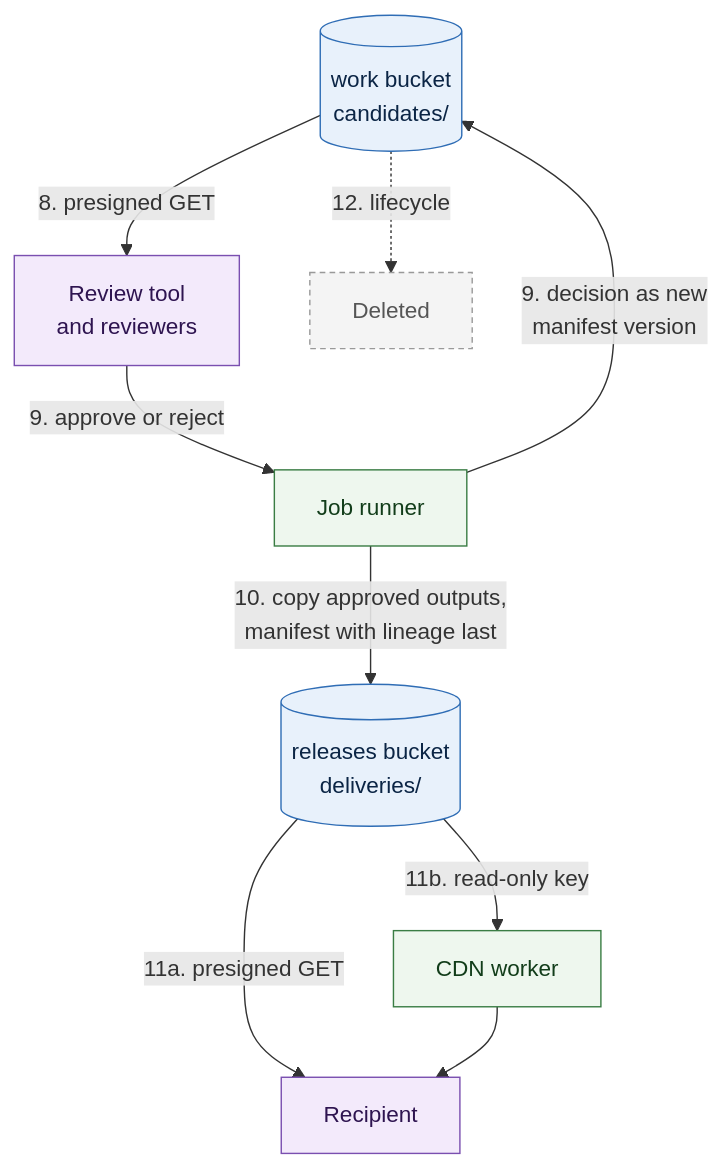
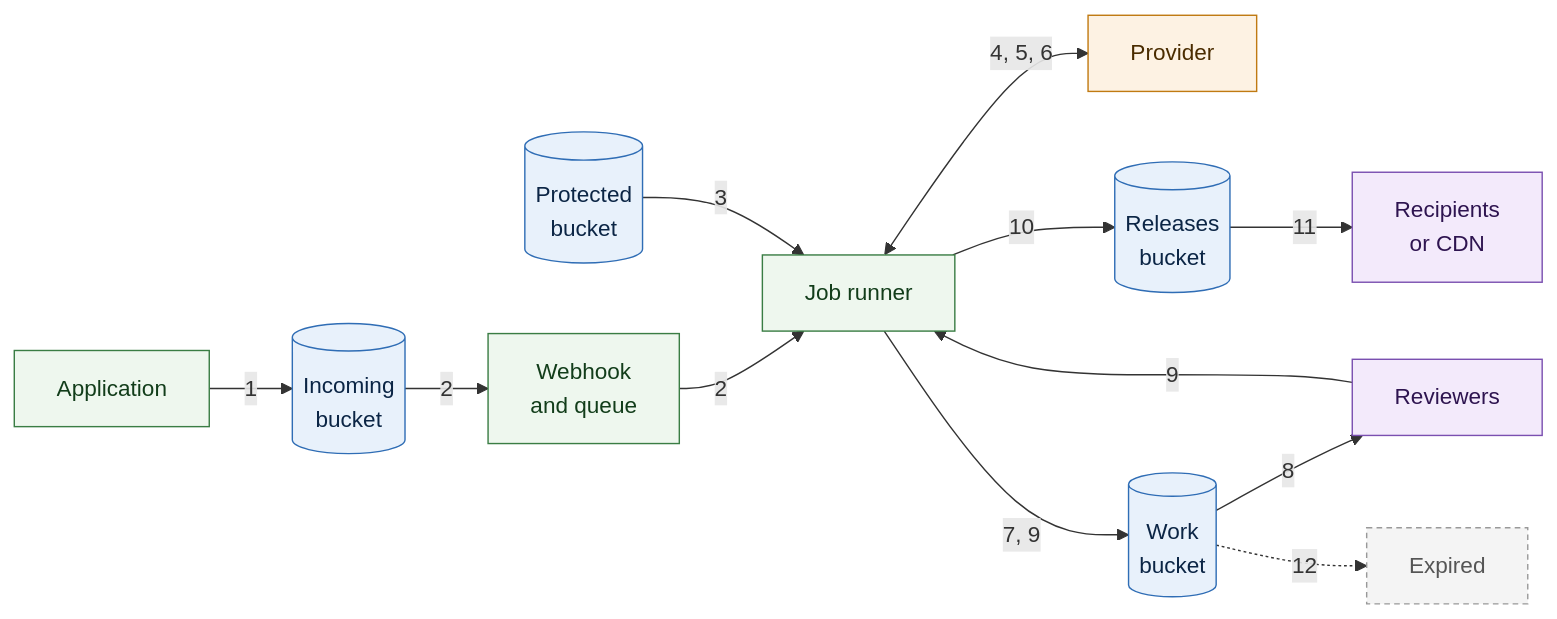
Before and after one commit to backblaze-b2-samples/b2-voice-ai-reference-architectures: the diagram in architectures/batch-voice-generation-and-dubbing/architecture.md, drawn with Mermaid. The commit also changed other lines of this file and 2 other files, not shown here.

First line of the commit message:
Fit each architecture diagram in a single screen

````diff
--- a/architectures/batch-voice-generation-and-dubbing/architecture.md
+++ b/architectures/batch-voice-generation-and-dubbing/architecture.md
@@ -54,28 +19,25 @@
 ```mermaid
-flowchart TB
-  CAND[("work bucket<br/>candidates/")]
-  REV["Review tool<br/>and reviewers"]
-  RUN["Job runner"]
-  DEL[("releases bucket<br/>deliveries/")]
-  X["Deleted"]
-  CDN["CDN worker"]
-  RCPT["Recipient"]
-
-  CAND -->|"8. presigned GET"| REV
-  REV -->|"9. approve or reject"| RUN
-  RUN -->|"9. decision as new<br/>manifest version"| CAND
-  RUN -->|"10. copy approved outputs,<br/>manifest with lineage last"| DEL
-  CAND -.->|"12. lifecycle"| X
-  DEL -->|"11a. presigned GET"| RCPT
-  DEL -->|"11b. read-only key"| CDN
-  CDN --> RCPT
+flowchart LR
+  APP["Application"] -->|1| SRC[("Incoming<br/>bucket")]
+  SRC -->|2| HOOK["Webhook<br/>and queue"]
+  HOOK -->|2| RUN["Job runner"]
+  PROT[("Protected<br/>bucket")] -->|3| RUN
+  RUN <-->|"4, 5, 6"| PROV["Provider"]
+  RUN -->|10| DEL[("Releases<br/>bucket")]
+  DEL -->|11| RCPT["Recipients<br/>or CDN"]
+  RUN -->|"7, 9"| CAND[("Work<br/>bucket")]
+  CAND -->|8| REV["Reviewers"]
+  REV -->|9| RUN
+  CAND -.->|12| GONE["Expired"]
 
   classDef storage fill:#e8f1fb,stroke:#2f6db5,color:#0b2545
   classDef compute fill:#eef7ee,stroke:#3a7d44,color:#123d1a
+  classDef external fill:#fdf2e3,stroke:#c07a12,color:#4a2c00
   classDef human fill:#f3eafb,stroke:#7a4fb0,color:#2e1450
   classDef gone fill:#f4f4f4,stroke:#999,color:#555,stroke-dasharray:4 3
-  class CAND,DEL storage
-  class RUN,CDN compute
+  class SRC,PROT,CAND,DEL storage
+  class APP,HOOK,RUN compute
+  class PROV external
   class REV,RCPT human
-  class X gone
+  class GONE gone
 ```
````
